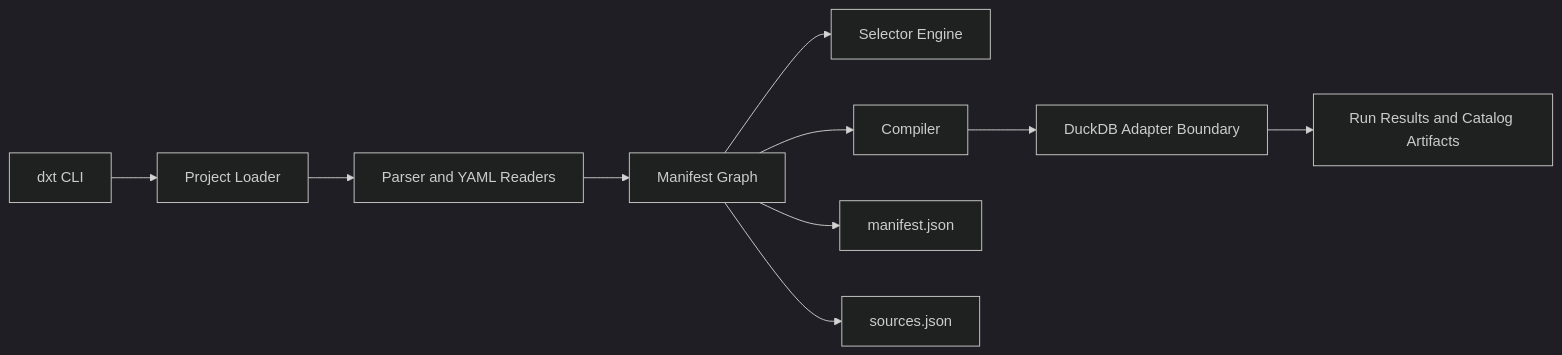
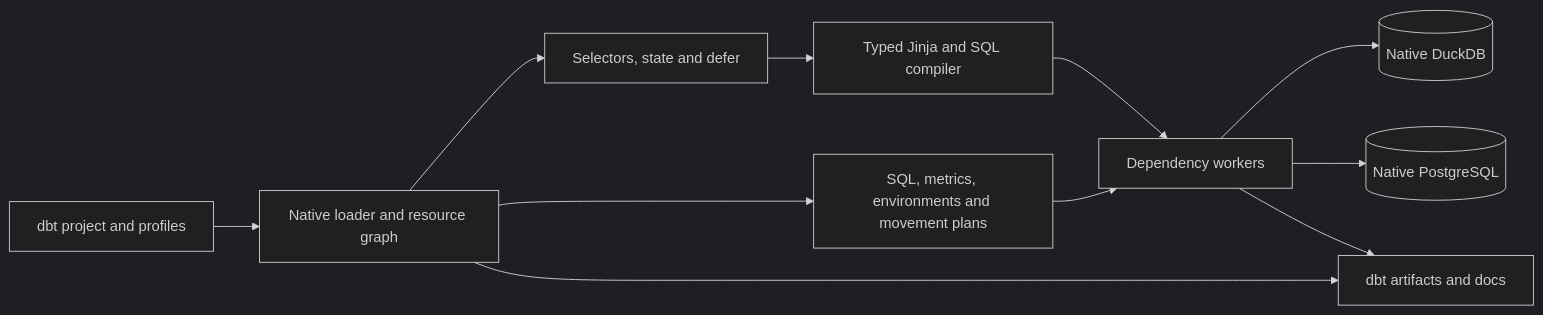
The diagram in README.md (sabino/dxt), drawn with Mermaid (dark theme) before and after one commit. The commit also changed other lines of this file and 1218 other files, not shown here.

First line of the commit message:
Implement the SQL replacement roadmap for DuckDB and PostgreSQL (#221)

````diff
--- a/README.md
+++ b/README.md
@@ -118,12 +99,13 @@
 ```mermaid
 flowchart LR
-    CLI[dxt CLI] --> Loader[Project Loader]
-    Loader --> Parser[Parser and YAML Readers]
-    Parser --> Graph[Manifest Graph]
-    Graph --> Selector[Selector Engine]
-    Graph --> Compiler[Compiler]
-    Compiler --> DuckDB[DuckDB Adapter Boundary]
-    DuckDB --> Results[Run Results and Catalog Artifacts]
-    Graph --> Manifest[manifest.json]
-    Graph --> Sources[sources.json]
+    Files[dbt project and profiles] --> Graph[Native loader and resource graph]
+    Graph --> Select[Selectors, state and defer]
+    Select --> Compile[Typed Jinja and SQL compiler]
+    Compile --> Workers[Dependency workers]
+    Workers --> DuckDB[(Native DuckDB)]
+    Workers --> PG[(Native PostgreSQL)]
+    Graph --> Plans[SQL, metrics, environments and movement plans]
+    Plans --> Workers
+    Graph --> Artifacts[dbt artifacts and docs]
+    Workers --> Artifacts
 ```
````
